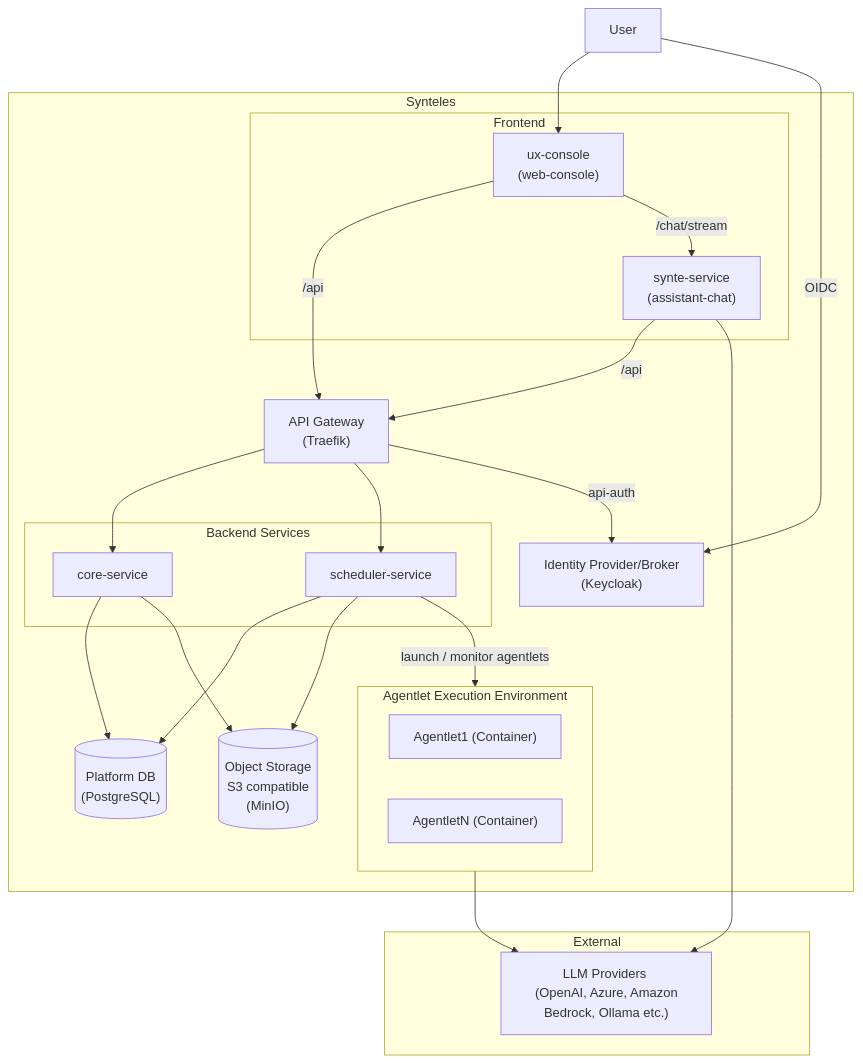
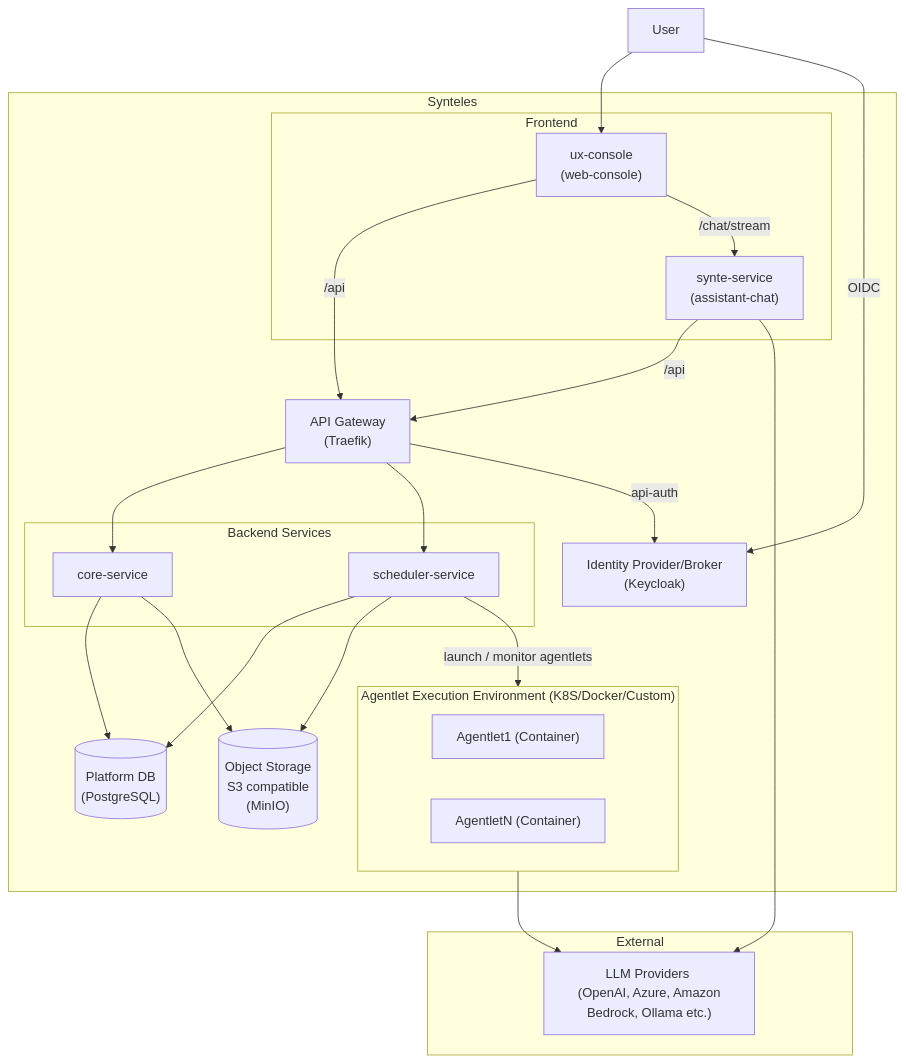
One commit to Synteles/synteles changed the first of 2 diagrams in docs/architecture.md. Above: the diagram before and after it, drawn with Mermaid. The commit also changed other lines of this file, not shown here.

Commit message:
Update architecture documentation for clarity and add scheduler pluggable backend details

````diff
--- a/docs/architecture.md
+++ b/docs/architecture.md
@@ -30,51 +30,51 @@
 ```mermaid
 graph TB
     User["User"]
 
     subgraph Stack["Synteles"]
 
         subgraph Frontend["Frontend"]
             UX["ux-console </br> (web-console)"]
             Synte["synte-service </br> (assistant-chat)"]
         end
 
         Traefik["API Gateway </br> (Traefik)"]
 
         subgraph Backend["Backend Services"]
             Core["core-service"]
             Scheduler["scheduler-service"]
         end
 
 
         PG[("Platform DB </br> (PostgreSQL)")]
         Minio[("Object Storage </br> S3 compatible </br> (MinIO)")]
 
         KC["Identity Provider/Broker </br> (Keycloak)"]
         
-        subgraph EE["Agentlet Execution Environment"]
+        subgraph EE["Agentlet Execution Environment (K8S/Docker/Custom)"]
             Agentlet1["Agentlet1 (Container)"]
             AgentletN["AgentletN (Container)"]
         end
 
     end
 
     subgraph External["External"]
         LLM["LLM Providers </br> (OpenAI, Azure, Amazon Bedrock, Ollama etc.)"]
     end
 
     User --> UX
     UX -->|"/api"| Traefik
     UX -->|"/chat/stream"| Synte
     Traefik --> Core
     Traefik --> Scheduler
     Traefik -->|"api-auth"| KC
     Synte -->|"/api"| Traefik
     Core --> PG
     Core --> Minio
     Scheduler --> PG
     Scheduler --> Minio
     Scheduler -->|"launch / monitor agentlets"| EE
     EE --> LLM
     Synte --> LLM
     User -->|"OIDC"| KC
 ```
````
